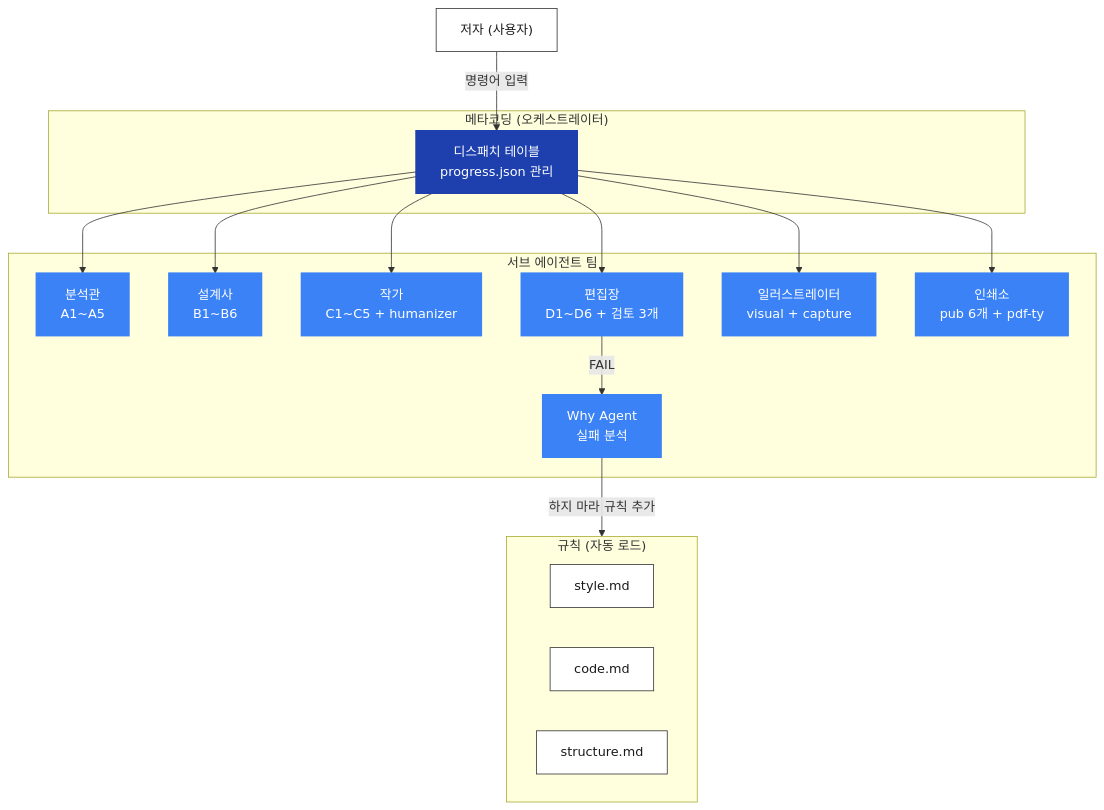
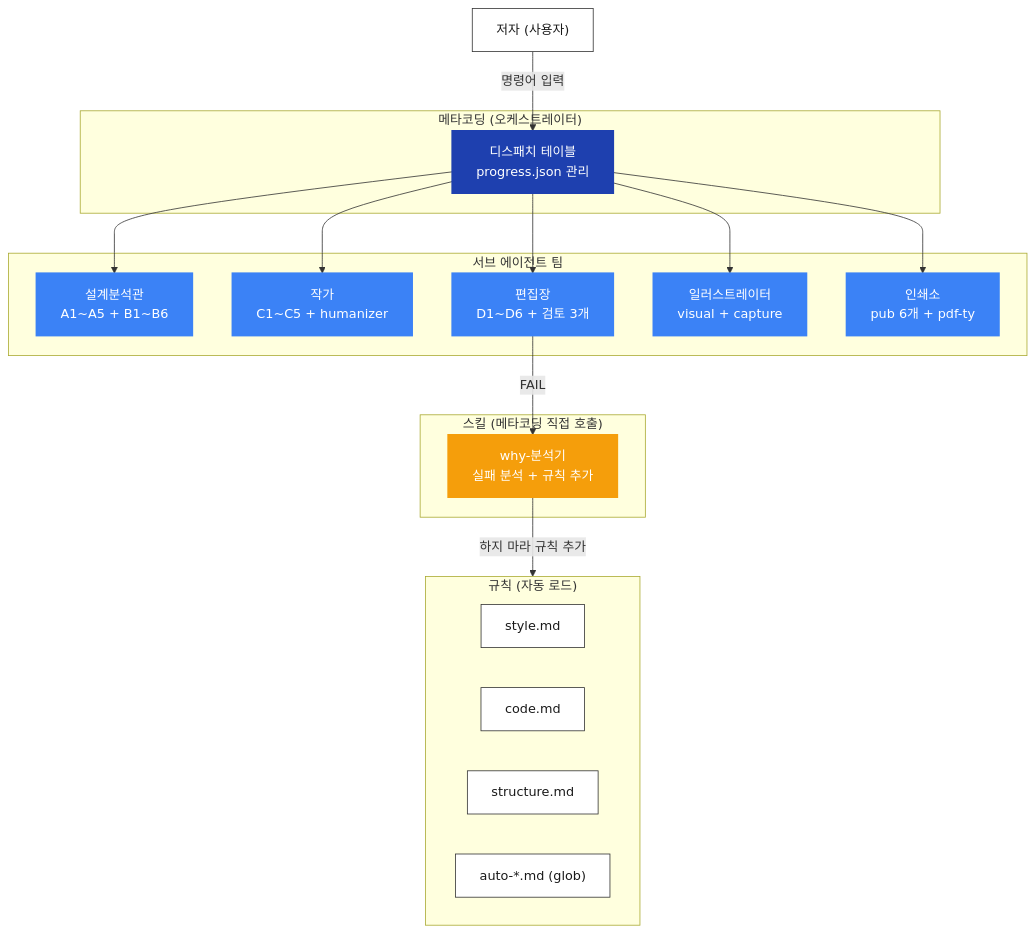
The diagram in README.md (coderyu5523/book-workflow), drawn with Mermaid before and after one commit. The commit also changed other lines of this file and 490 other files, not shown here.

````diff
--- a/README.md
+++ b/README.md
@@ -10,40 +342,44 @@
 ```mermaid
 flowchart TB
     User["저자 (사용자)"] -- "명령어 입력" --> Meta
 
     subgraph Orchestrator ["메타코딩 (오케스트레이터)"]
         Meta["디스패치 테이블<br>progress.json 관리"]
     end
 
     subgraph Agents ["서브 에이전트 팀"]
-        AN["분석관<br>A1~A5"]
-        AR["설계사<br>B1~B6"]
+        AA["설계분석관<br>A1~A5 + B1~B6"]
         WR["작가<br>C1~C5 + humanizer"]
         ED["편집장<br>D1~D6 + 검토 3개"]
         IL["일러스트레이터<br>visual + capture"]
         PB["인쇄소<br>pub 6개 + pdf-ty"]
-        WH["Why Agent<br>실패 분석"]
+    end
+
+    subgraph Skills ["스킬 (메타코딩 직접 호출)"]
+        WH["why-분석기<br>실패 분석 + 규칙 추가"]
     end
 
     subgraph Rules ["규칙 (자동 로드)"]
         R1["style.md"]
         R2["code.md"]
         R3["structure.md"]
+        R4["auto-*.md (glob)"]
     end
 
-    Meta --> AN
-    Meta --> AR
+    Meta --> AA
     Meta --> WR
     Meta --> ED
     Meta --> IL
     Meta --> PB
     ED -- "FAIL" --> WH
     WH -- "하지 마라 규칙 추가" --> Rules
 
     classDef default fill:#ffffff,stroke:#333,stroke-width:1px,color:#1a1a1a
     classDef primary fill:#3b82f6,stroke:#3b82f6,stroke-width:2px,color:#ffffff
     classDef orchestrator fill:#1e40af,stroke:#1e40af,stroke-width:2px,color:#ffffff
+    classDef skill fill:#f59e0b,stroke:#f59e0b,stroke-width:2px,color:#ffffff
 
     class Meta orchestrator
-    class AN,AR,WR,ED,IL,PB,WH primary
+    class AA,WR,ED,IL,PB primary
+    class WH skill
 ```
````
